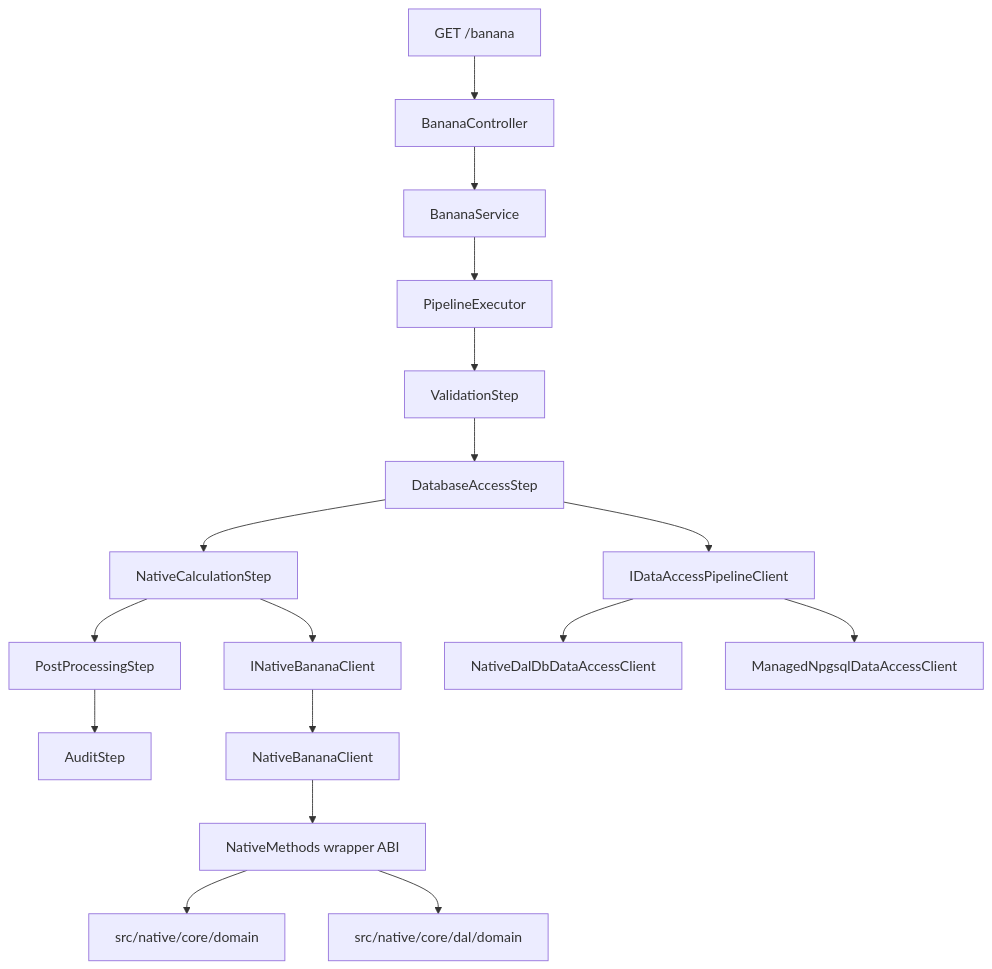
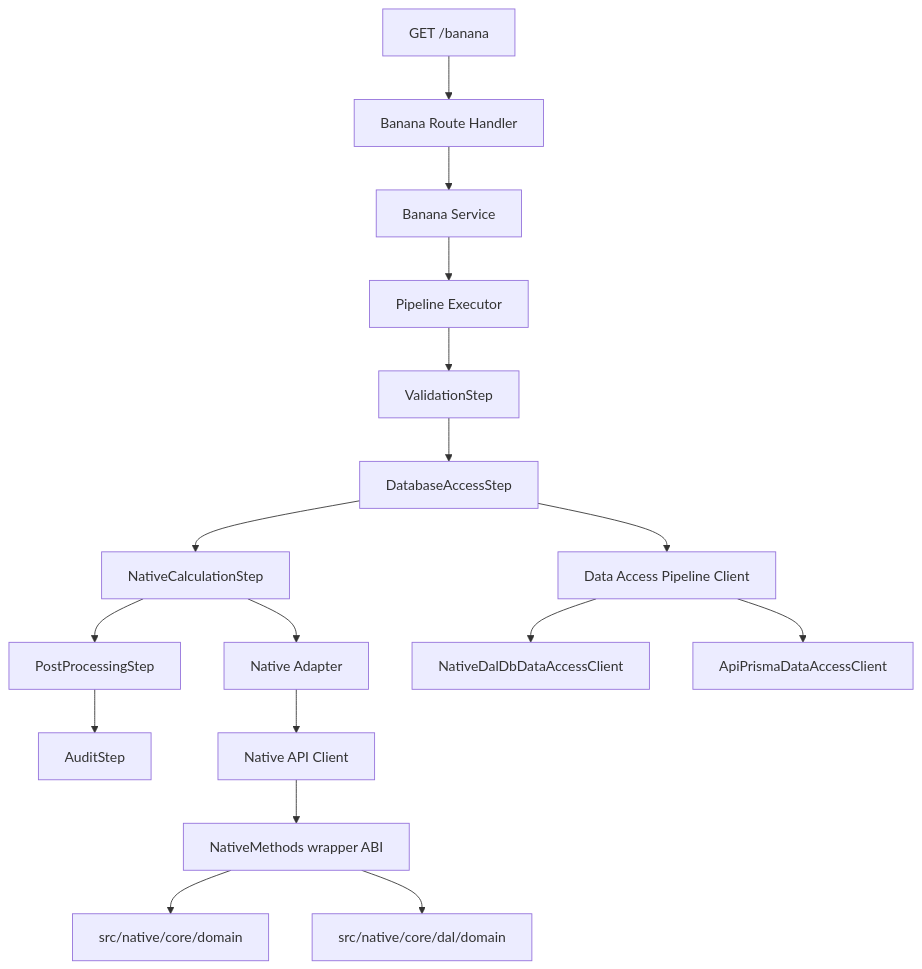
One commit to LahkLeKey/Banana changed the diagram in .specify/wiki/human-reference/getting-started/how-a-request-works.md. Above: the diagram before and after it, drawn with Mermaid. The commit also changed other lines of this file and 264 other files, not shown here.

````diff
--- a/.specify/wiki/human-reference/getting-started/how-a-request-works.md
+++ b/.specify/wiki/human-reference/getting-started/how-a-request-works.md
@@ -42,21 +42,21 @@
 ```mermaid
 flowchart TD
-  A[GET /banana] --> B[BananaController]
-  B --> C[BananaService]
-  C --> D[PipelineExecutor]
+   A[GET /banana] --> B[Banana Route Handler]
+   B --> C[Banana Service]
+   C --> D[Pipeline Executor]
   D --> E[ValidationStep]
   E --> F[DatabaseAccessStep]
   F --> G[NativeCalculationStep]
   G --> H[PostProcessingStep]
   H --> I[AuditStep]
 
-  F --> J[IDataAccessPipelineClient]
-  J --> K[NativeDalDbDataAccessClient]
-  J --> L[ManagedNpgsqlDataAccessClient]
+   F --> J[Data Access Pipeline Client]
+   J --> K[NativeDalDbDataAccessClient]
+   J --> L[ApiPrismaDataAccessClient]
 
-  G --> M[INativeBananaClient]
-  M --> N[NativeBananaClient]
+   G --> M[Native Adapter]
+   M --> N[Native API Client]
   N --> O[NativeMethods wrapper ABI]
   O --> P[src/native/core/domain]
   O --> Q[src/native/core/dal/domain]
 ```
````
